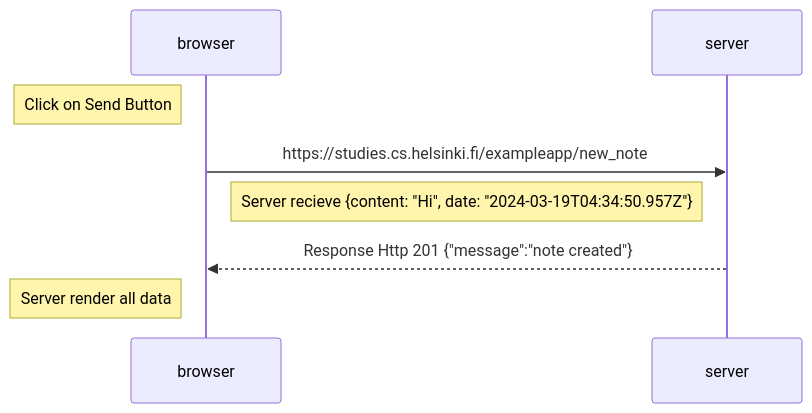
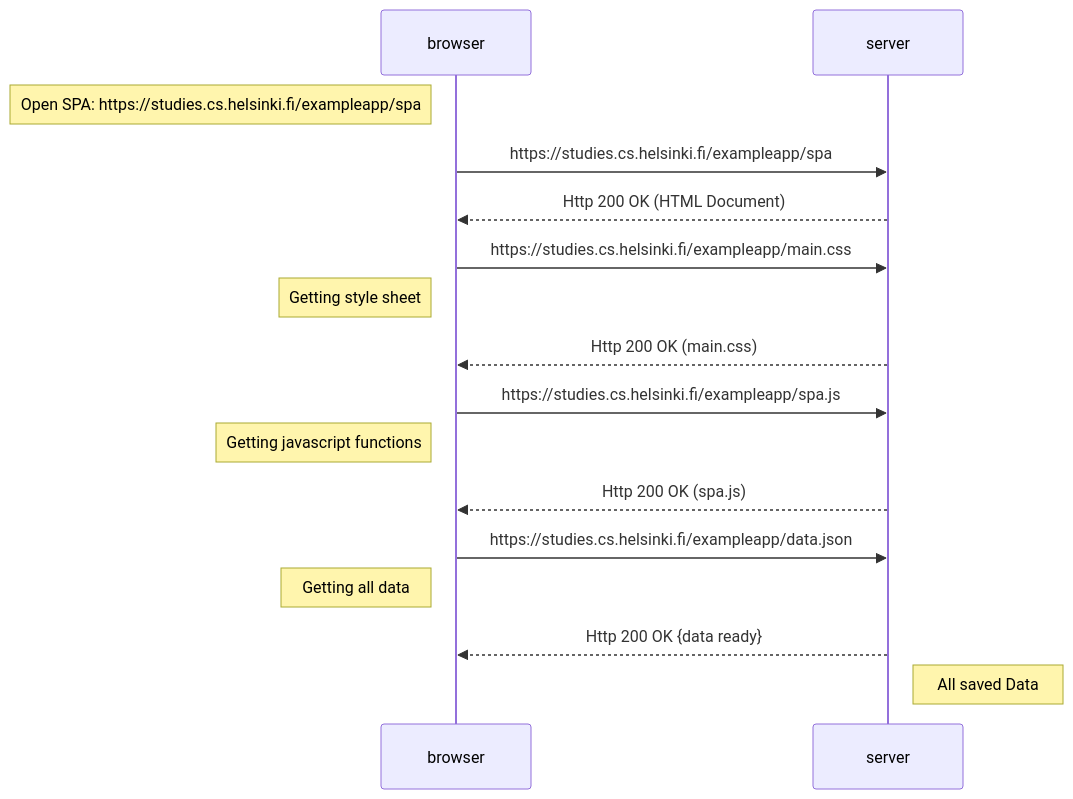
One commit to ArielCS0625/Ejercicios-0.4-0.6- changed the diagram in 06.md. Above: the diagram before and after it, drawn with Mermaid.

````diff
--- a/06.md
+++ b/06.md
@@ -2,14 +1,25 @@
   ```mermaid
   sequenceDiagram
       participant browser
       participant server
-      Note left of browser: Click on Send Button
-      browser->>server: https://studies.cs.helsinki.fi/exampleapp/new_note
-      Note left of server: Server recieve {content: "Hi", date: "2024-03-19T04:34:50.957Z"}
-      server-->>browser: Response Http 201 {"message":"note created"}
-      Note left of browser: Server render all data 
+
+      Note left of browser: Open SPA: https://studies.cs.helsinki.fi/exampleapp/spa
+      browser->>server: https://studies.cs.helsinki.fi/exampleapp/spa   
+      server-->>browser: Http 200 OK (HTML Document)
+
+      browser->>server: https://studies.cs.helsinki.fi/exampleapp/main.css
+      Note left of browser: Getting style sheet
+      server-->>browser: Http 200 OK (main.css)
+
+      browser->>server: https://studies.cs.helsinki.fi/exampleapp/spa.js
+      Note left of browser: Getting javascript functions
+      server-->>browser: Http 200 OK (spa.js)
 
 
-     
+      browser->>server: https://studies.cs.helsinki.fi/exampleapp/data.json
+      Note left of browser: Getting all data
+      server-->>browser: Http 200 OK {data ready}
+      Note right of server: All saved Data
+
  
   ```
````
